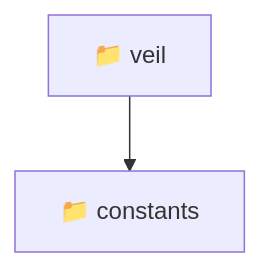
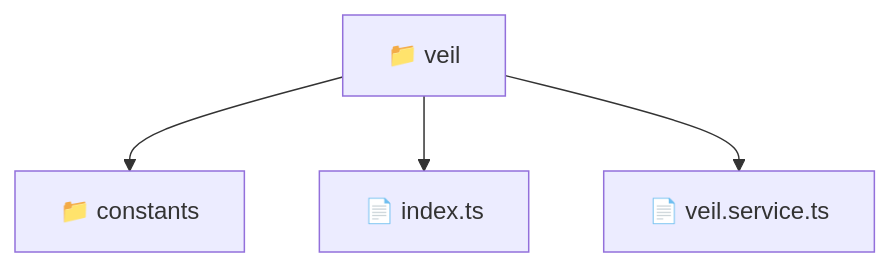
Before and after one commit to beginwebdev2002/fullstack-mavluda: the diagram in frontend/src/entities/veil/README.md, drawn with Mermaid. The commit also changed other lines of this file and 157 other files, not shown here.

First line of the commit message:
docs: generate localized readmes for architectural transparency

````diff
--- a/frontend/src/entities/veil/README.md
+++ b/frontend/src/entities/veil/README.md
@@ -11,5 +11,7 @@
 ```mermaid
 graph TD
   veil["📁 veil"]
-  veil --> constants["📁 constants"]
+  veil --> veil_constants["📁 constants"]
+  veil --> veil_index_ts["📄 index.ts"]
+  veil --> veil_veil_service_ts["📄 veil.service.ts"]
 ```
````
